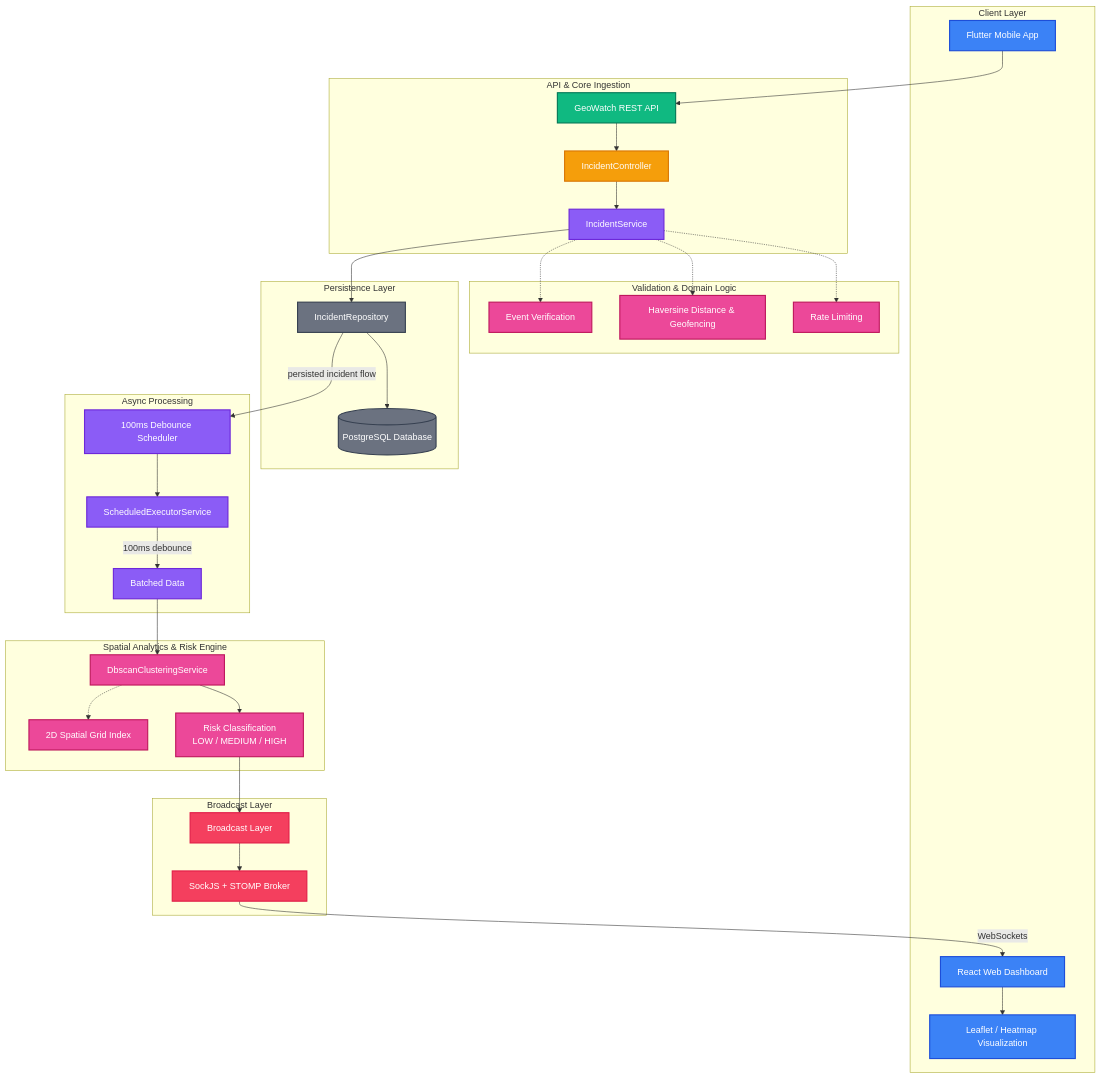
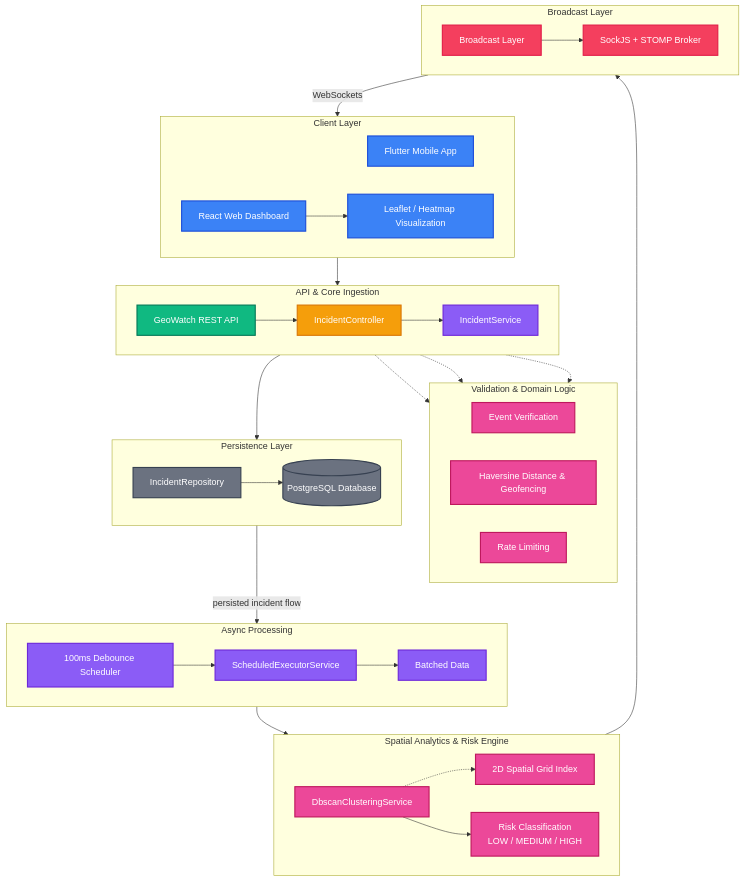
Before and after one commit to SujalPatil21/Geo-Watch: the diagram in docs/ARCHITECTURE.md, drawn with Mermaid.

Commit message:
Visually optimize ARCHITECTURE.md Mermaid diagram layout

````diff
--- a/docs/ARCHITECTURE.md
+++ b/docs/ARCHITECTURE.md
@@ -61,79 +61,82 @@
 ```mermaid
 graph TD
     classDef client fill:#3b82f6,stroke:#1d4ed8,color:#fff,stroke-width:2px;
     classDef api fill:#10b981,stroke:#047857,color:#fff,stroke-width:2px;
     classDef controller fill:#f59e0b,stroke:#d97706,color:#fff,stroke-width:2px;
     classDef service fill:#8b5cf6,stroke:#6d28d9,color:#fff,stroke-width:2px;
     classDef logic fill:#ec4899,stroke:#be185d,color:#fff,stroke-width:2px;
     classDef db fill:#6b7280,stroke:#374151,color:#fff,stroke-width:2px;
     classDef broker fill:#f43f5e,stroke:#e11d48,color:#fff,stroke-width:2px;
 
     subgraph ClientLayer [Client Layer]
+        direction LR
         Mobile["Flutter Mobile App"]:::client
         ReactDash["React Web Dashboard"]:::client
         Leaflet["Leaflet / Heatmap Visualization"]:::client
+        ReactDash --> Leaflet
     end
 
     subgraph IngestionLayer [API & Core Ingestion]
+        direction LR
         REST["GeoWatch REST API"]:::api
         Ctrl["IncidentController"]:::controller
         Svc["IncidentService"]:::service
+        REST --> Ctrl --> Svc
     end
 
     subgraph ValidationLayer [Validation & Domain Logic]
+        direction LR
         EvtVer["Event Verification"]:::logic
         Geofence["Haversine Distance & Geofencing"]:::logic
         RateLim["Rate Limiting"]:::logic
     end
 
     subgraph PersistenceLayer [Persistence Layer]
+        direction LR
         Repo["IncidentRepository"]:::db
         Postgres[("PostgreSQL Database")]:::db
+        Repo --> Postgres
     end
 
     subgraph AsyncLayer [Async Processing]
+        direction LR
         Scheduler["100ms Debounce Scheduler"]:::service
         Exec["ScheduledExecutorService"]:::service
         Batch["Batched Data"]:::service
+        Scheduler --> Exec --> Batch
     end
 
     subgraph SpatialLayer [Spatial Analytics & Risk Engine]
+        direction LR
         DBSCAN["DbscanClusteringService"]:::logic
         Grid["2D Spatial Grid Index"]:::logic
         Risk["Risk Classification<br/>LOW / MEDIUM / HIGH"]:::logic
+        DBSCAN -.-> Grid
+        DBSCAN --> Risk
     end
 
     subgraph BroadcastLayer [Broadcast Layer]
+        direction LR
         Broadcast["Broadcast Layer"]:::broker
         SockJS["SockJS + STOMP Broker"]:::broker
+        Broadcast --> SockJS
     end
 
     Mobile --> REST
-    REST --> Ctrl
-    Ctrl --> Svc
     
     %% Domain validation checks associated with IncidentService
     Svc -.-> EvtVer
     Svc -.-> Geofence
     Svc -.-> RateLim
     
     %% Service persists data to Repository after validation
     Svc --> Repo
-    Repo --> Postgres
     
     %% Async scheduling path
     Repo -->|persisted incident flow| Scheduler
-    Scheduler --> Exec
-    Exec -->|100ms debounce| Batch
     Batch --> DBSCAN
-    
-    %% Spatial Index grid is a supporting utility to clustering, not a sequential stage
-    DBSCAN -.-> Grid
-    DBSCAN --> Risk
     
     %% Broadcast updates flow
     Risk --> Broadcast
-    Broadcast --> SockJS
     SockJS -->|WebSockets| ReactDash
-    ReactDash --> Leaflet
 ```
````
